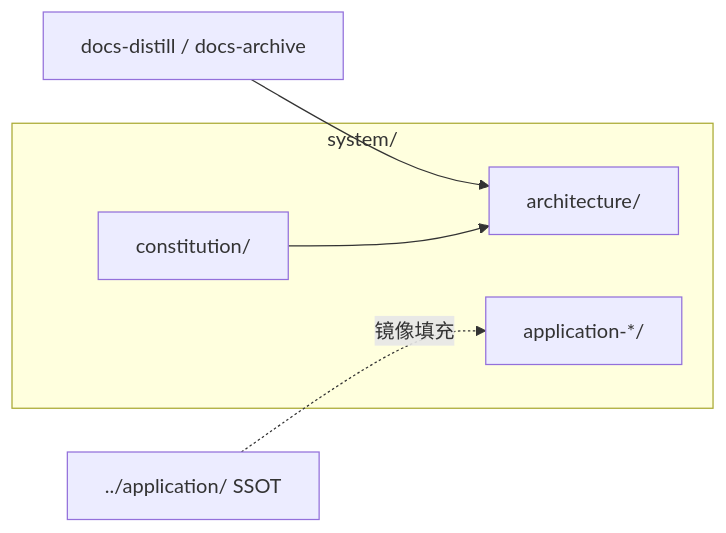
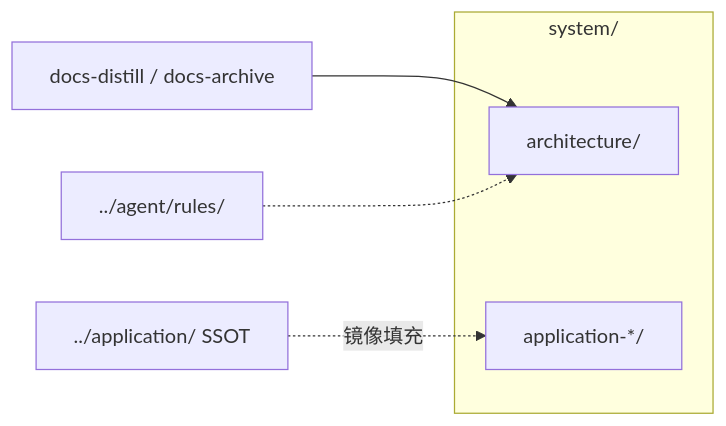
The diagram in system/INDEX_GUIDE.md (oleewen/ai-knowledge), drawn with Mermaid before and after one commit. The commit also changed other lines of this file and 198 other files, not shown here.

````diff
--- a/system/INDEX_GUIDE.md
+++ b/system/INDEX_GUIDE.md
@@ -55,13 +54,12 @@
 ```mermaid
 flowchart LR
   subgraph sys["system/"]
     arch["architecture/"]
     slot["application-*/"]
-    con["constitution/"]
   end
   app["../application/ SSOT"]
   distill["docs-distill / docs-archive"]
   app -.->|"镜像填充"| slot
   distill --> arch
-  con --> arch
+  rules["../agent/rules/"] -.-> arch
 ```
````
